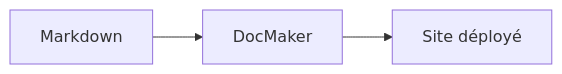
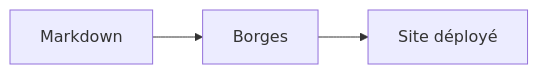
The diagram in content/guide.md (Herzaristide/barjavel), drawn with Mermaid before and after one commit. The commit also changed other lines of this file and 78 other files, not shown here.

````diff
--- a/content/guide.md
+++ b/content/guide.md
@@ -58,5 +58,5 @@
 ```mermaid
 flowchart LR
-  A[Markdown] --> B[DocMaker]
+  A[Markdown] --> B[Borges]
   B --> C[Site déployé]
 ```
````
